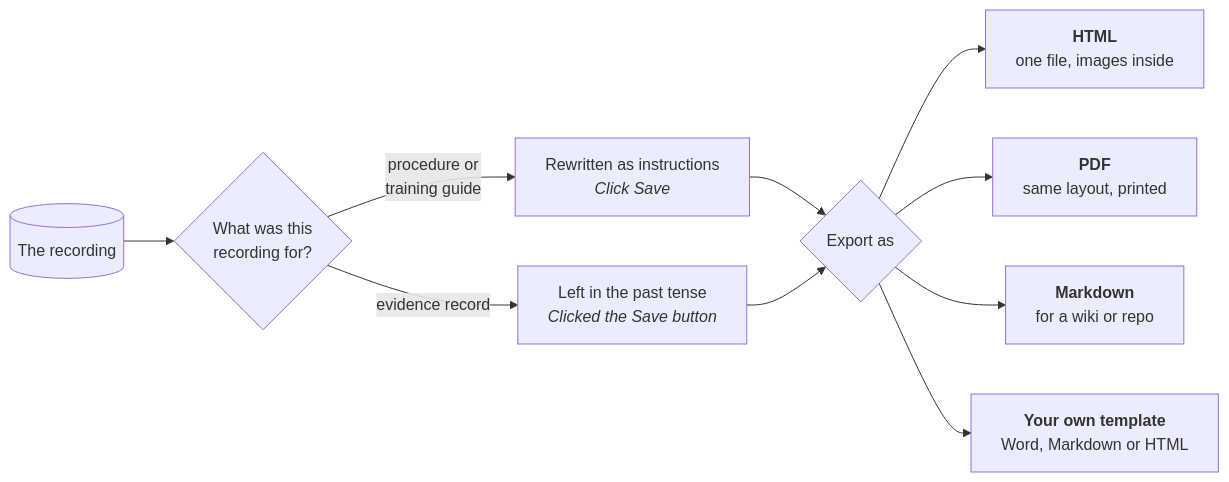
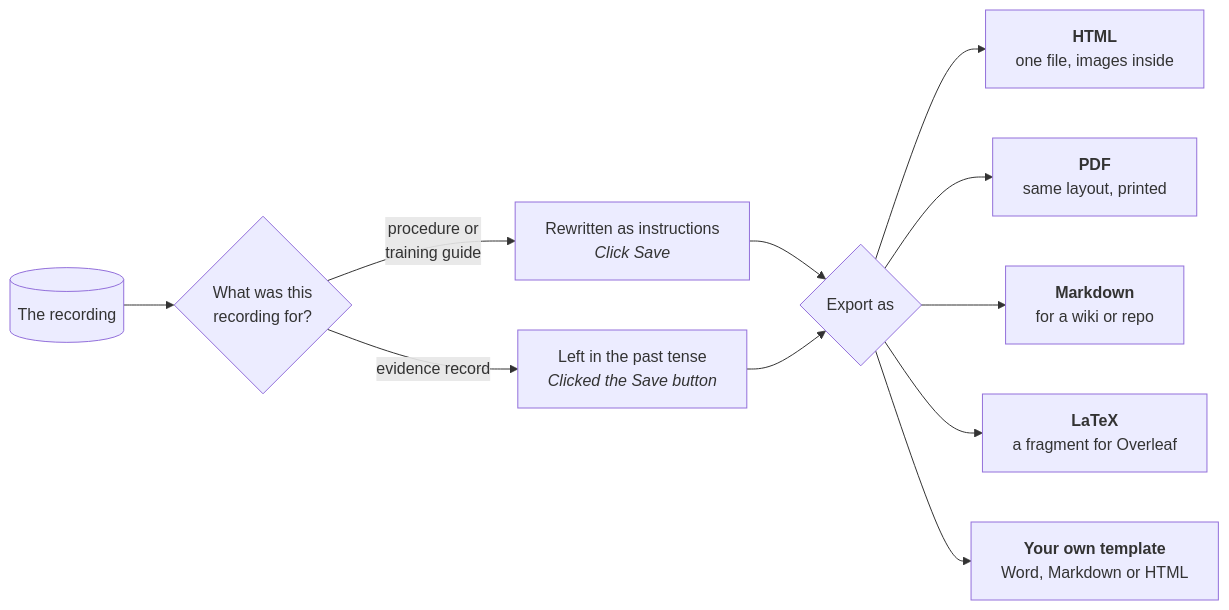
One commit to Bunbob41/BetterStepsRecorder changed the fourth of 9 diagrams in docs/FIELD-GUIDE.md. Above: the diagram before and after it, drawn with Mermaid. The commit also changed other lines of this file and 6 other files, not shown here.

````diff
--- a/docs/FIELD-GUIDE.md
+++ b/docs/FIELD-GUIDE.md
@@ -300,17 +300,18 @@
 ```mermaid
 flowchart LR
     session[("The recording")]
 
     session --> voice{"What was this<br/>recording for?"}
     voice -->|"procedure or<br/>training guide"| imp["Rewritten as instructions<br/><i>Click Save</i>"]
     voice -->|"evidence record"| past["Left in the past tense<br/><i>Clicked the Save button</i>"]
 
     imp --> fmt
     past --> fmt
 
     fmt{"Export as"}
     fmt --> html["<b>HTML</b><br/>one file, images inside"]
     fmt --> pdf["<b>PDF</b><br/>same layout, printed"]
     fmt --> md["<b>Markdown</b><br/>for a wiki or repo"]
+    fmt --> tex["<b>LaTeX</b><br/>a fragment for Overleaf"]
     fmt --> tpl["<b>Your own template</b><br/>Word, Markdown or HTML"]
 ```
````
